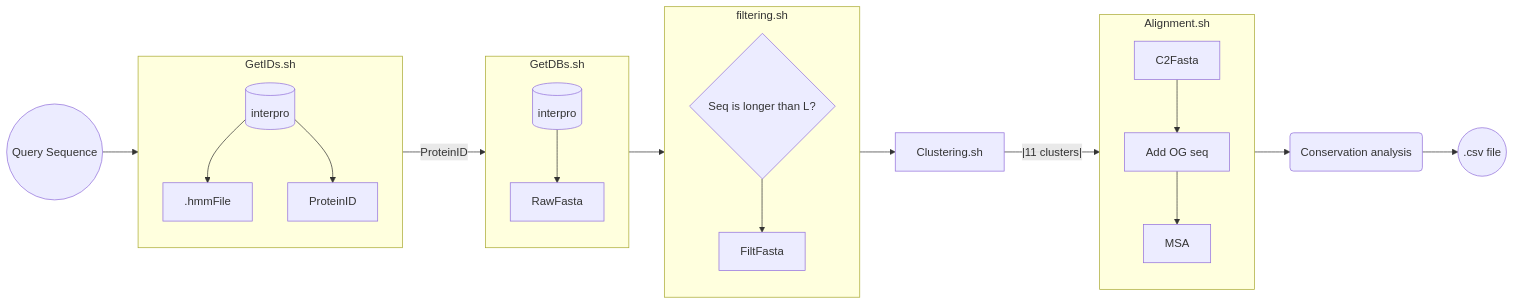
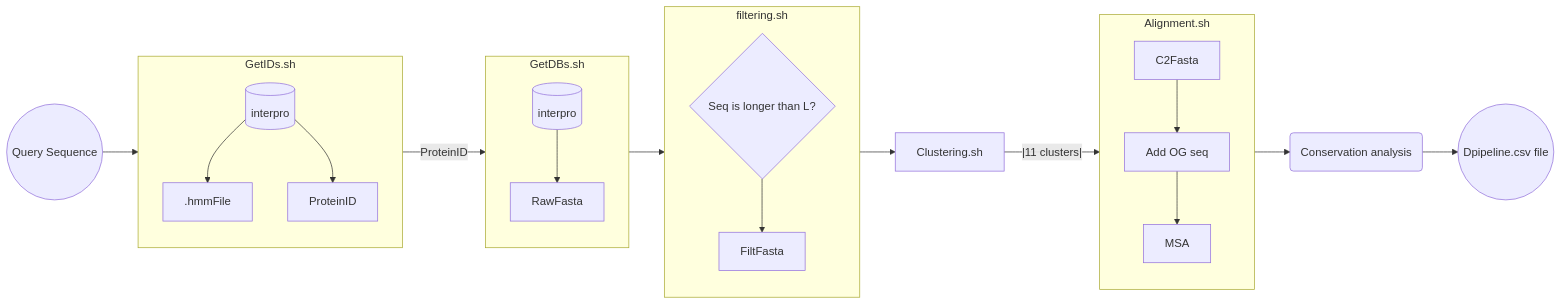
Before and after one commit to CoditoDTU/MSA_tool: the first of 3 diagrams in diagram.md, drawn with Mermaid. The commit also changed other lines of this file, not shown here.

Commit message:
Adding 3 diagrams for each pipeline

````diff
--- a/diagram.md
+++ b/diagram.md
@@ -4,38 +4,39 @@
 ```mermaid
     flowchart LR
     input((Query Sequence))
 
     subgraph A[GetIDs.sh]
         direction TB
         id3[(interpro)] -->.hmmFile
         id3[(interpro)] -->ProteinID  
     end 
     
     subgraph B[GetDBs.sh]
+        %% this is a comment
         direction TB
         id4[(interpro)] -->
         RawFasta 
     end
     subgraph C[filtering.sh]
         direction TB
         C1{Seq is longer than L?} -->  
         FiltFasta
     end
     subgraph D[Alignment.sh]
         direction TB
         D1[C2Fasta] -->
         D2[Add OG seq] -->
         D3[MSA]
     end
     
     cons(Conservation analysis)
-    output((.csv file))
+    output((Dpipeline.csv file))
 
     input --> A 
 
     A--ProteinID--> B 
     B --> C
     C--> Clustering.sh 
     Clustering.sh --|11 clusters|--> D
     D --> cons --> output
 ```
````
